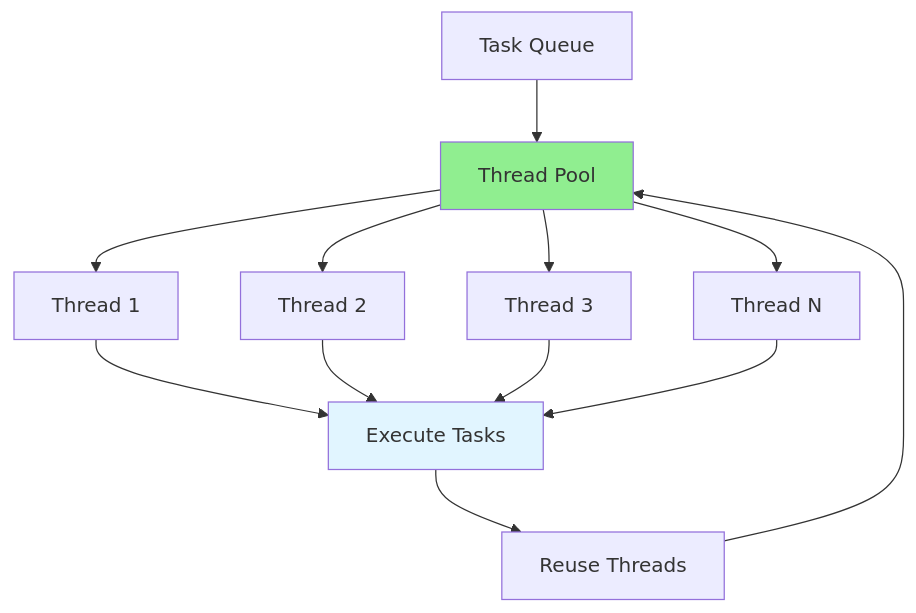
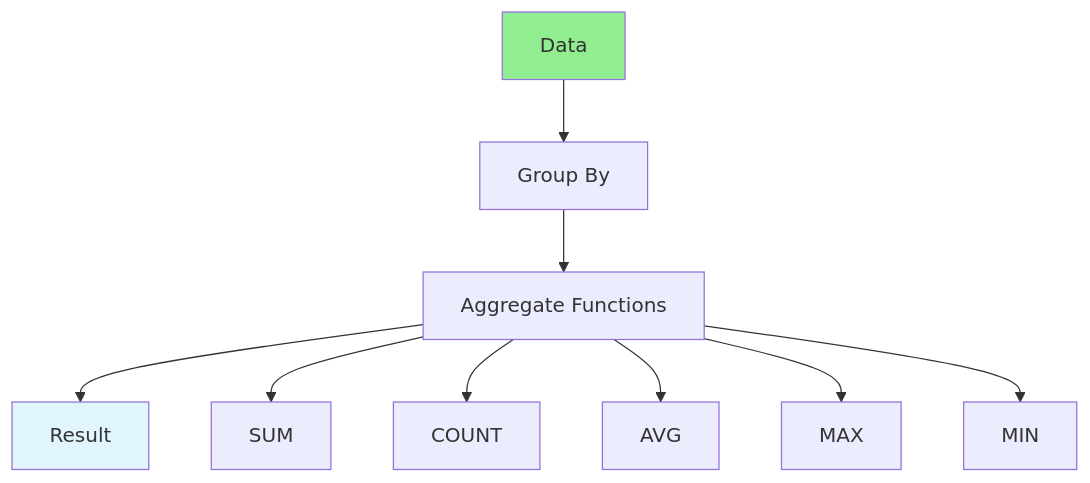
Before and after one commit to iouthnamain/tech-note: the diagram in Full-Stack-Guides/Group-09-Complex-Functions/09.03_Data_Aggregation.md, drawn with Mermaid. The commit also changed other lines of this file and 480 other files, not shown here.

````diff
--- a/Full-Stack-Guides/Group-09-Complex-Functions/09.03_Data_Aggregation.md
+++ b/Full-Stack-Guides/Group-09-Complex-Functions/09.03_Data_Aggregation.md
@@ -22,19 +22,15 @@
 ```mermaid
 graph TD
-    Tasks[Task Queue] --> Pool[Thread Pool]
-    Pool --> Thread1[Thread 1]
-    Pool --> Thread2[Thread 2]
-    Pool --> Thread3[Thread 3]
-    Pool --> ThreadN[Thread N]
+    Data[Data] --> Group[Group By]
+    Group --> Aggregate[Aggregate Functions]
+    Aggregate --> Result[Result]
     
-    Thread1 --> Execute[Execute Tasks]
-    Thread2 --> Execute
-    Thread3 --> Execute
-    ThreadN --> Execute
+    Aggregate --> Sum[SUM]
+    Aggregate --> Count[COUNT]
+    Aggregate --> Avg[AVG]
+    Aggregate --> Max[MAX]
+    Aggregate --> Min[MIN]
     
-    Execute --> Reuse[Reuse Threads]
-    Reuse --> Pool
-    
-    style Pool fill:#90EE90
-    style Execute fill:#e1f5ff
+    style Data fill:#90EE90
+    style Result fill:#e1f5ff
 ```
````
